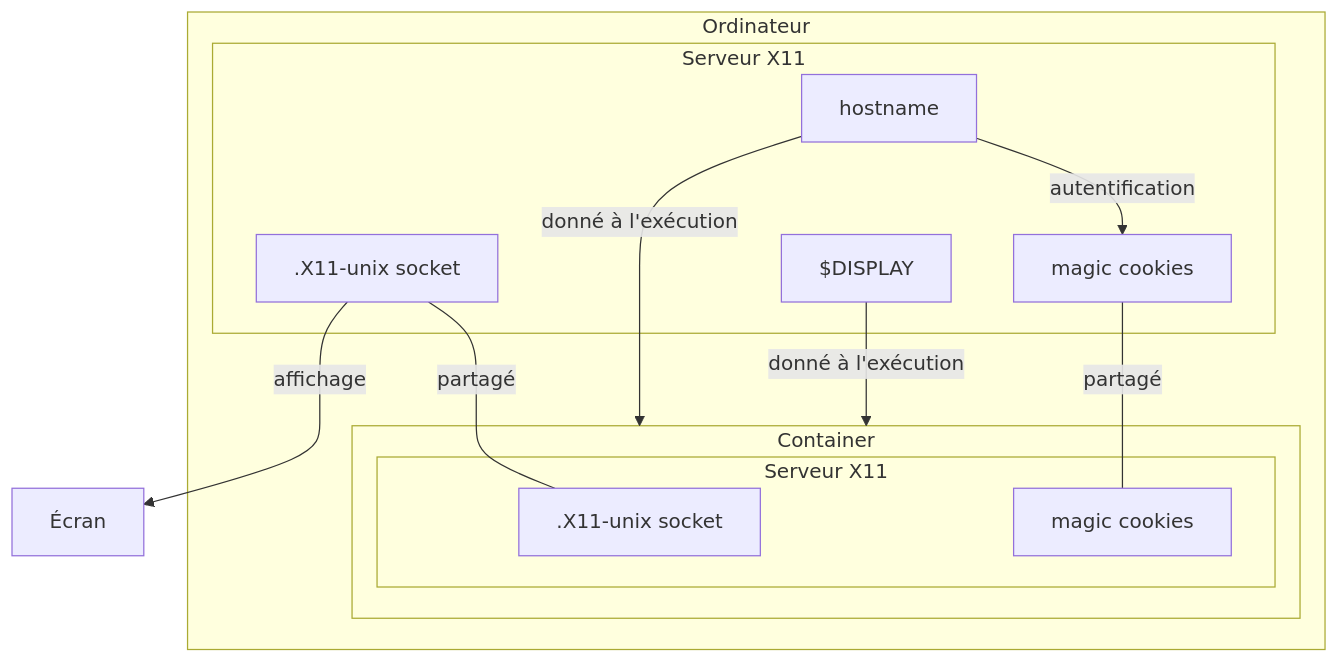
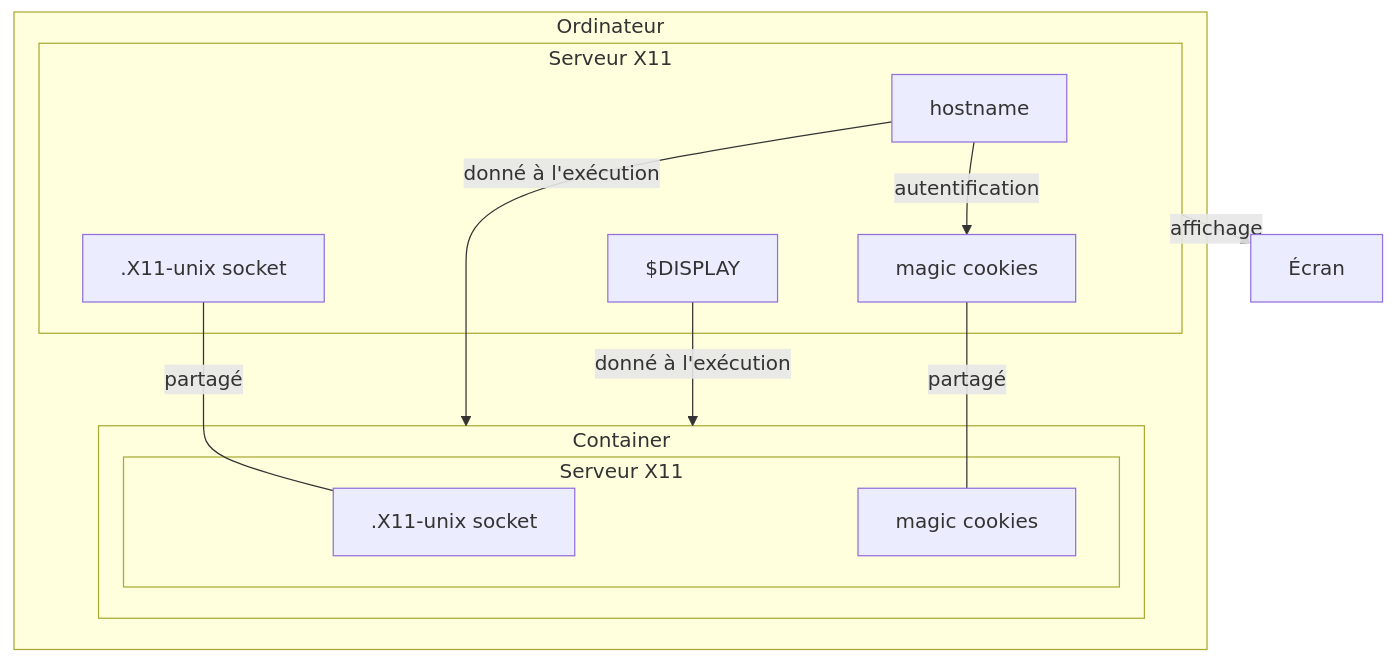
One commit to Arkanthara/bachelor changed the first of 2 diagrams in rapport/chapitres/docker.qmd. Above: the diagram before and after it, drawn with Mermaid. The commit also changed other lines of this file and 4 other files, not shown here.

````diff
--- a/rapport/chapitres/docker.qmd
+++ b/rapport/chapitres/docker.qmd
@@ -97,31 +172,31 @@
 ```{mermaid}
 %%| fig-cap: "Shéma de l'affichage d'une application graphique tournant dans un container sur un ordinateur"
 %%| label: fig-displaypc
-%%| fig-width: 6
+%%| fig-width: 6.5
 flowchart TD
 subgraph Ordinateur
     subgraph X[Container]
         subgraph A1[Serveur X11]
             S1[.X11-unix socket]
             C1[magic cookies]
         end
     end
     subgraph A[Serveur X11]
         H[hostname]
         S[.X11-unix socket]
         C[magic cookies]
         D[$DISPLAY]
     end
 end
 E[Écran]
 
 
 
 
 S ---|partagé| S1
 C --- |partagé|C1
-S --> |affichage|E
+A --> |affichage|E
 H --> |donné à l'exécution|X
 D --> |donné à l'exécution|X
 H --> |autentification|C
 ```
````
